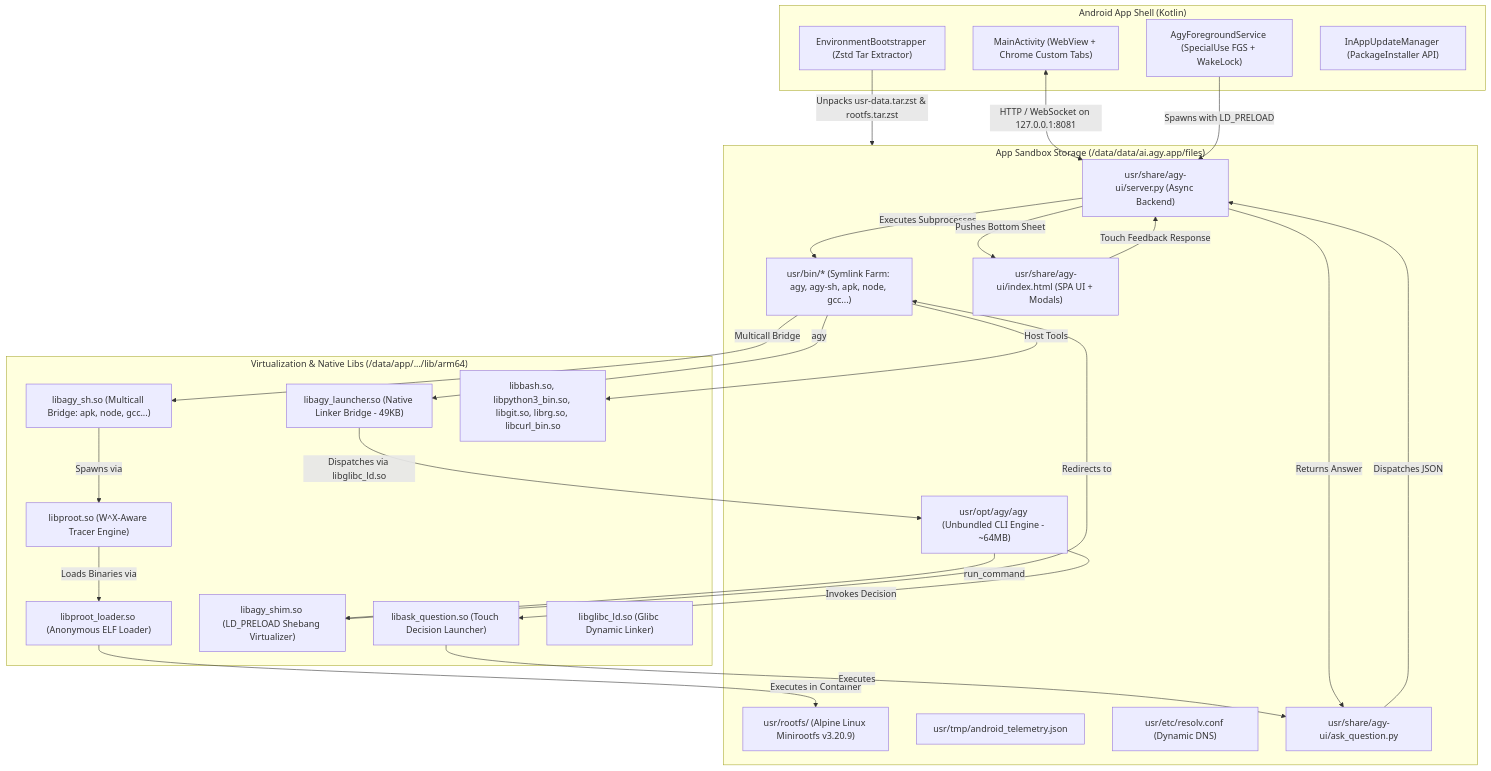
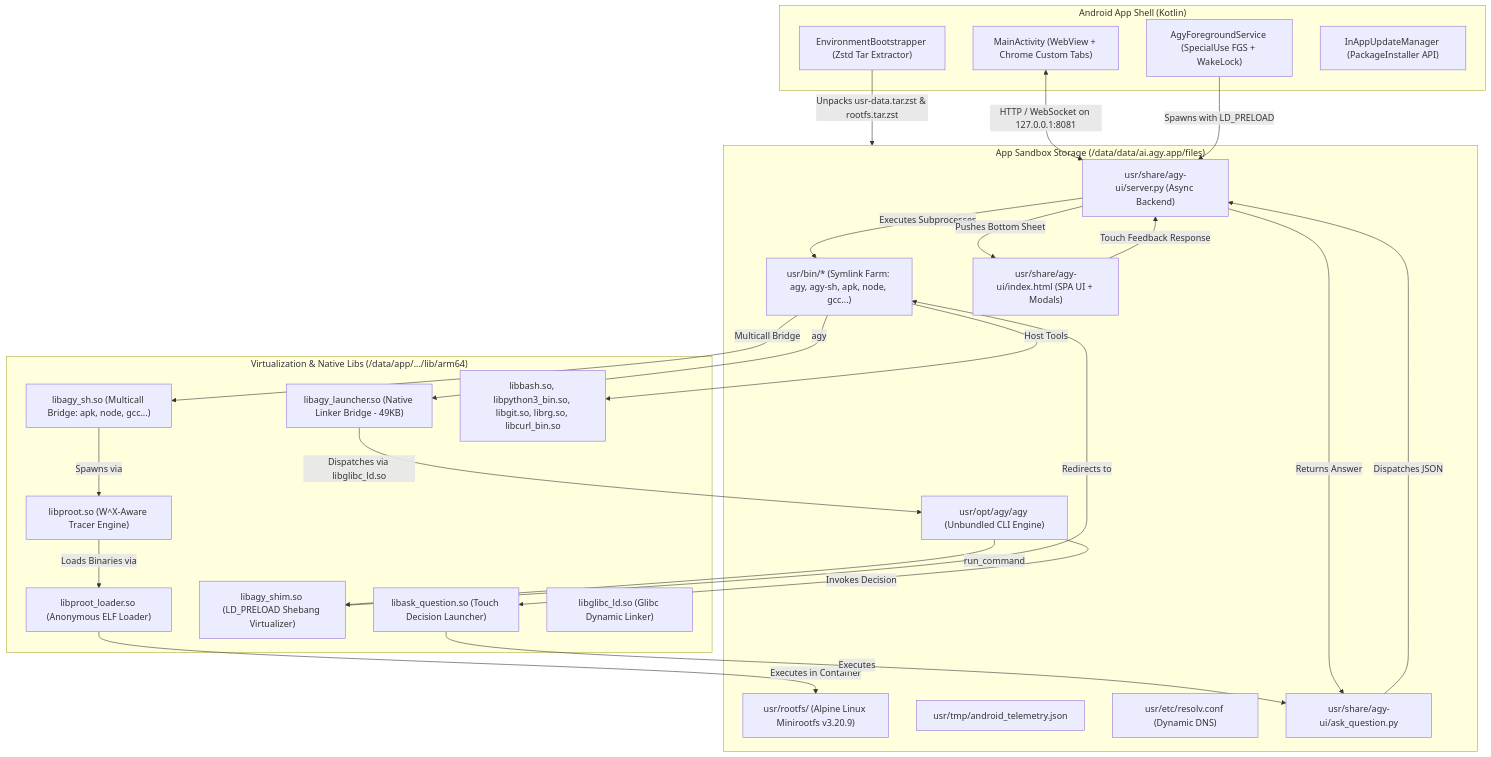
One commit to MisterMoeGreen/Antigravity-Studio-App changed the diagram in README.md. Above: the diagram before and after it, drawn with Mermaid. The commit also changed other lines of this file, not shown here.

````diff
--- a/README.md
+++ b/README.md
@@ -77,54 +76,54 @@
 ```mermaid
 flowchart TD
     subgraph UI ["Android App Shell (Kotlin)"]
         Activity["MainActivity (WebView + Chrome Custom Tabs)"]
         Service["AgyForegroundService (SpecialUse FGS + WakeLock)"]
         Bootstrapper["EnvironmentBootstrapper (Zstd Tar Extractor)"]
         Updater["InAppUpdateManager (PackageInstaller API)"]
     end
 
     subgraph NativeLibs ["Virtualization & Native Libs (/data/app/.../lib/arm64)"]
         AgyLauncher["libagy_launcher.so (Native Linker Bridge - 49KB)"]
         PRoot["libproot.so (W^X-Aware Tracer Engine)"]
         AnonLoader["libproot_loader.so (Anonymous ELF Loader)"]
         Bridge["libagy_sh.so (Multicall Bridge: apk, node, gcc...)"]
         Shim["libagy_shim.so (LD_PRELOAD Shebang Virtualizer)"]
         AskLauncher["libask_question.so (Touch Decision Launcher)"]
         GlibcLd["libglibc_ld.so (Glibc Dynamic Linker)"]
         HostTools["libbash.so, libpython3_bin.so, libgit.so, librg.so, libcurl_bin.so"]
     end
 
     subgraph Sandbox ["App Sandbox Storage (/data/data/ai.agy.app/files)"]
         UsrBin["usr/bin/* (Symlink Farm: agy, agy-sh, apk, node, gcc...)"]
-        AgyEngine["usr/opt/agy/agy (Unbundled CLI Engine - ~64MB)"]
+        AgyEngine["usr/opt/agy/agy (Unbundled CLI Engine)"]
         UsrRootfs["usr/rootfs/ (Alpine Linux Minirootfs v3.20.9)"]
         Telemetry["usr/tmp/android_telemetry.json"]
         Resolv["usr/etc/resolv.conf (Dynamic DNS)"]
         ServerPy["usr/share/agy-ui/server.py (Async Backend)"]
         AskBridge["usr/share/agy-ui/ask_question.py"]
         WebAssets["usr/share/agy-ui/index.html (SPA UI + Modals)"]
     end
 
     Activity <-->|HTTP / WebSocket on 127.0.0.1:8081| ServerPy
     Service -->|Spawns with LD_PRELOAD| ServerPy
     ServerPy -->|Executes Subprocesses| UsrBin
     UsrBin -->|agy| AgyLauncher
     AgyLauncher -->|Dispatches via libglibc_ld.so| AgyEngine
     AgyEngine -->|run_command| Shim
     Shim -->|Redirects to| UsrBin
 
     UsrBin -->|Host Tools| HostTools
     UsrBin -->|Multicall Bridge| Bridge
     Bridge -->|Spawns via| PRoot
     PRoot -->|Loads Binaries via| AnonLoader
     AnonLoader -->|Executes in Container| UsrRootfs
 
     AgyEngine -->|Invokes Decision| AskLauncher
     AskLauncher -->|Executes| AskBridge
     AskBridge -->|Dispatches JSON| ServerPy
     ServerPy -->|Pushes Bottom Sheet| WebAssets
     WebAssets -->|Touch Feedback Response| ServerPy
     ServerPy -->|Returns Answer| AskBridge
 
     Bootstrapper -->|Unpacks usr-data.tar.zst & rootfs.tar.zst| Sandbox
 ```
````
